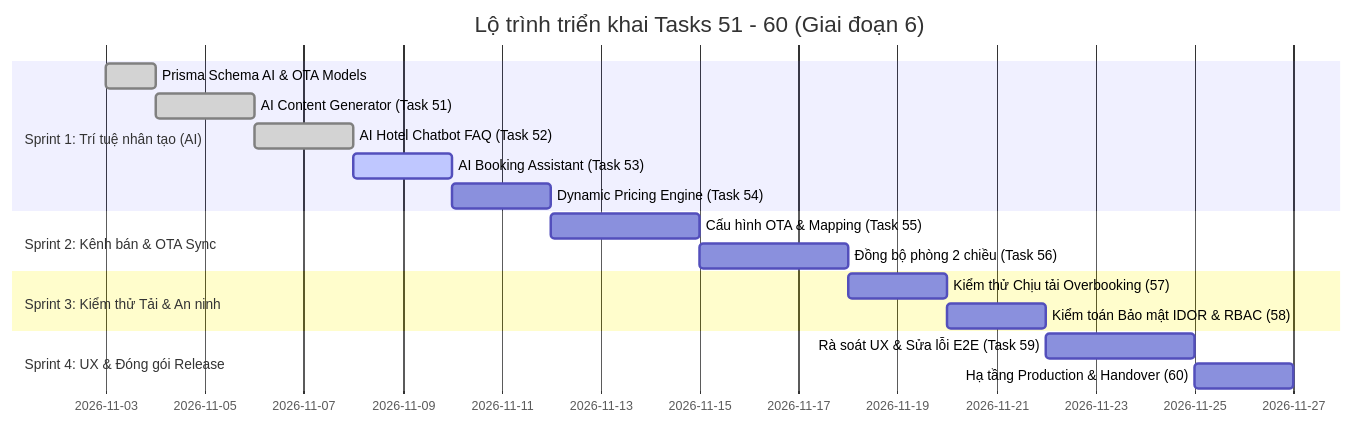
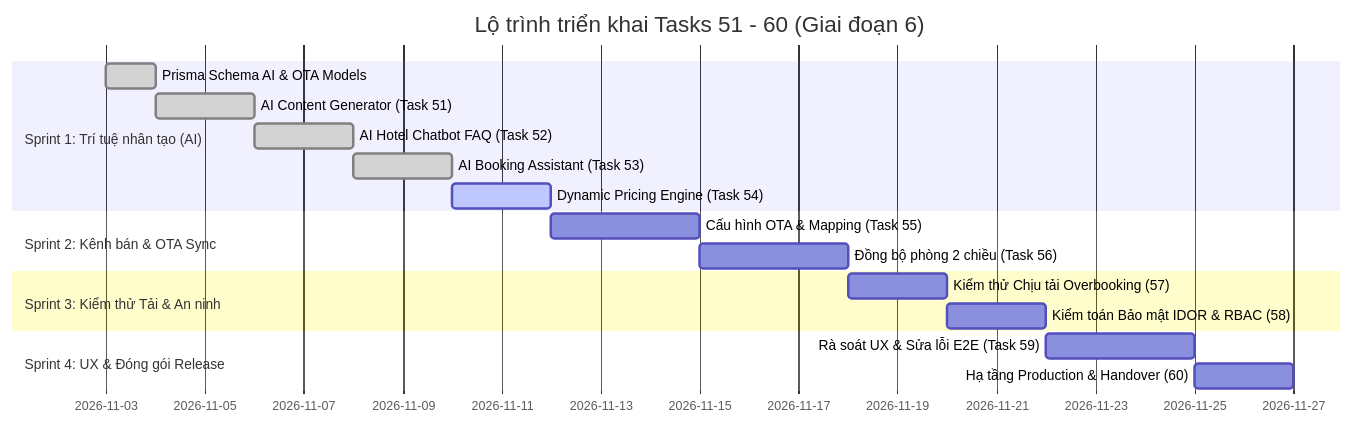
The second of 2 diagrams in docs/PLAN-TASKS-51-60.md (vogiahuy2506-lang/Digistay), drawn with Mermaid before and after one commit. The commit also changed 5 other files, not shown here.

Commit message:
feat: implement AI in-chat room availability search and booking cards (Task 53)

````diff
--- a/docs/PLAN-TASKS-51-60.md
+++ b/docs/PLAN-TASKS-51-60.md
@@ -440,20 +440,20 @@
 ```mermaid
 gantt
     title Lộ trình triển khai Tasks 51 - 60 (Giai đoạn 6)
     dateFormat  YYYY-MM-DD
     section Sprint 1: Trí tuệ nhân tạo (AI)
     Prisma Schema AI & OTA Models    :done,    sp1_1, 2026-11-03, 1d
     AI Content Generator (Task 51)   :done,    sp1_2, after sp1_1, 2d
     AI Hotel Chatbot FAQ (Task 52)   :done,    sp1_3, after sp1_2, 2d
-    AI Booking Assistant (Task 53)   :active,  sp1_4, after sp1_3, 2d
-    Dynamic Pricing Engine (Task 54) :         sp1_5, after sp1_4, 2d
+    AI Booking Assistant (Task 53)   :done,    sp1_4, after sp1_3, 2d
+    Dynamic Pricing Engine (Task 54) :active,  sp1_5, after sp1_4, 2d
     section Sprint 2: Kênh bán & OTA Sync
     Cấu hình OTA & Mapping (Task 55) :         sp2_1, after sp1_5, 3d
     Đồng bộ phòng 2 chiều (Task 56)  :         sp2_2, after sp2_1, 3d
     section Sprint 3: Kiểm thử Tải & An ninh
     Kiểm thử Chịu tải Overbooking (57):        sp3_1, after sp2_2, 2d
     Kiểm toán Bảo mật IDOR & RBAC (58):        sp3_2, after sp3_1, 2d
     section Sprint 4: UX & Đóng gói Release
     Rà soát UX & Sửa lỗi E2E (Task 59):       sp4_1, after sp3_2, 3d
     Hạ tầng Production & Handover (60):       sp4_2, after sp4_1, 2d
 ```
````
